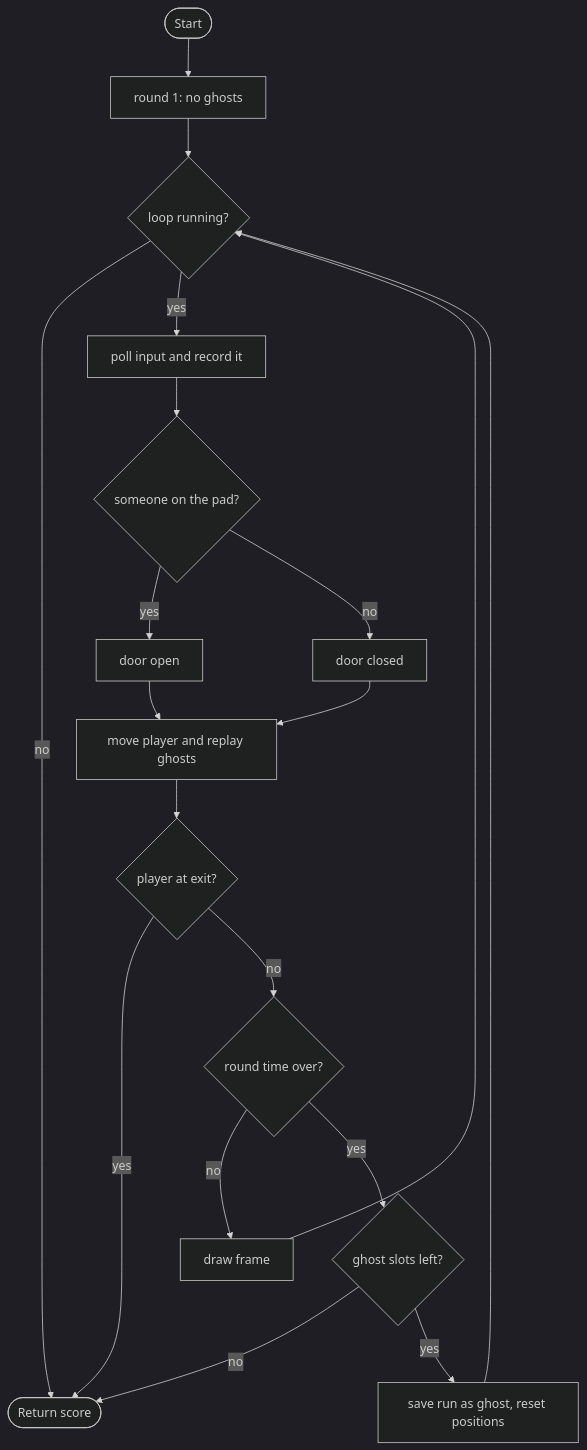
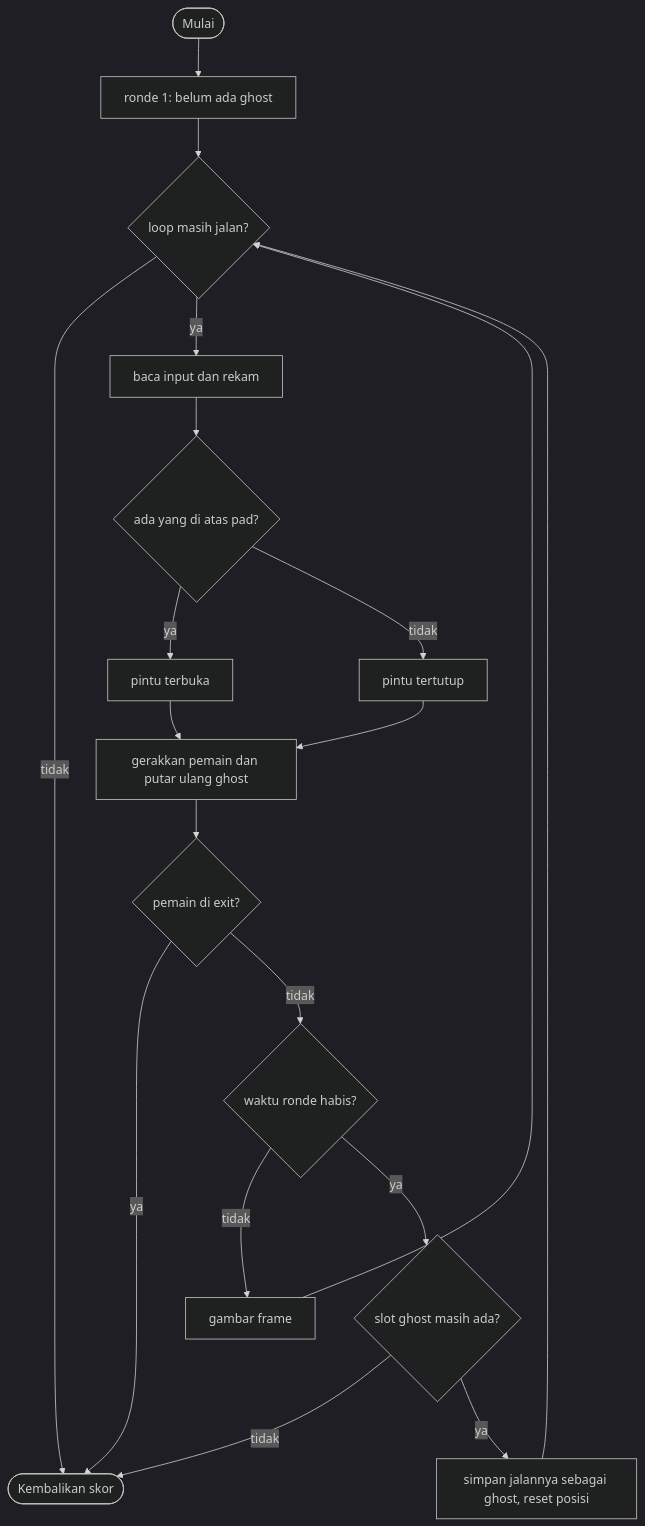
The diagram in games/ghost_loop/GAME.md (zaxx-q/arCade), drawn with Mermaid (dark theme) before and after one commit. The commit also changed other lines of this file and 19 other files, not shown here.

````diff
--- a/games/ghost_loop/GAME.md
+++ b/games/ghost_loop/GAME.md
@@ -38,19 +177,19 @@
 ```mermaid
 flowchart TD
-    A([Start]) --> B[round 1: no ghosts]
-    B --> C{loop running?}
-    C -- no --> Z([Return score])
-    C -- yes --> D[poll input and record it]
-    D --> E{someone on the pad?}
-    E -- yes --> F[door open]
-    E -- no --> G[door closed]
-    F --> H[move player and replay ghosts]
+    A([Mulai]) --> B["ronde 1: belum ada ghost"]
+    B --> C{"loop masih jalan?"}
+    C -- tidak --> Z([Kembalikan skor])
+    C -- ya --> D["baca input dan rekam"]
+    D --> E{"ada yang di atas pad?"}
+    E -- ya --> F[pintu terbuka]
+    E -- tidak --> G[pintu tertutup]
+    F --> H["gerakkan pemain dan putar ulang ghost"]
     G --> H
-    H --> I{player at exit?}
-    I -- yes --> Z
-    I -- no --> J{round time over?}
-    J -- no --> K[draw frame] --> C
-    J -- yes --> L{ghost slots left?}
-    L -- no --> Z
-    L -- yes --> M[save run as ghost, reset positions] --> C
+    H --> I{"pemain di exit?"}
+    I -- ya --> Z
+    I -- tidak --> J{"waktu ronde habis?"}
+    J -- tidak --> K[gambar frame] --> C
+    J -- ya --> L{"slot ghost masih ada?"}
+    L -- tidak --> Z
+    L -- ya --> M["simpan jalannya sebagai ghost, reset posisi"] --> C
 ```
````
